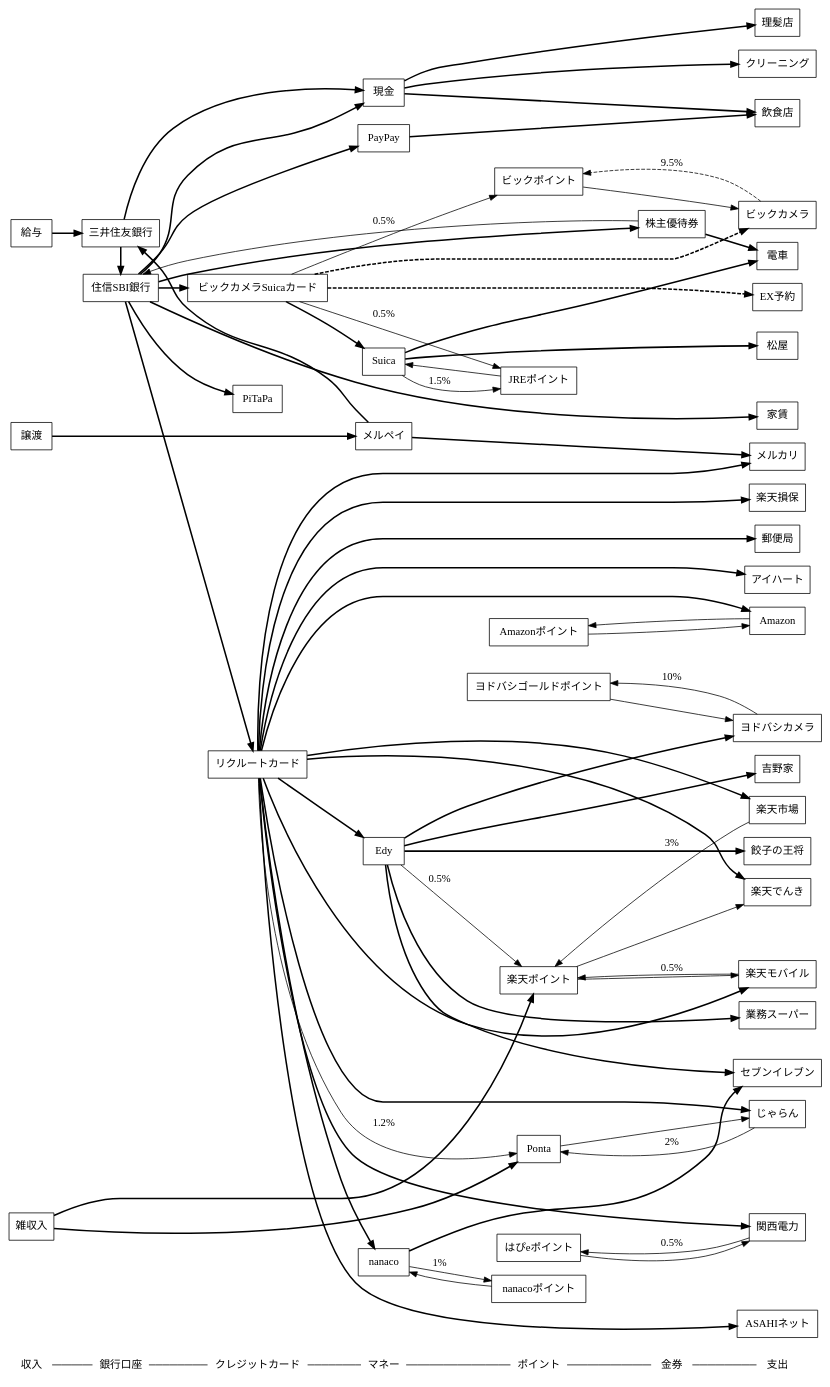
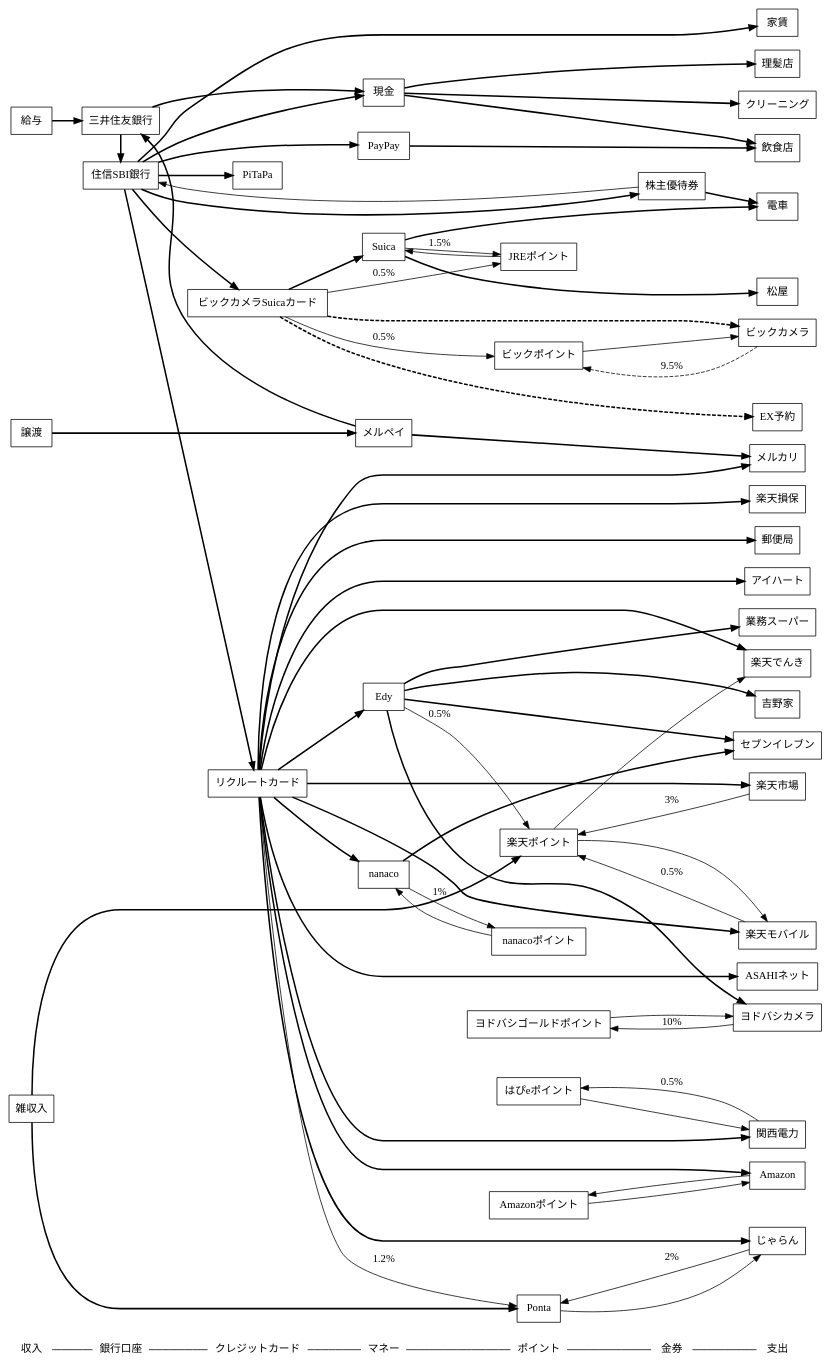
Before and after one commit to saireya/moneyflow: the diagram in moneyflow.dot, drawn with Graphviz. The commit also changed 1 other file, not shown here.

```diff
--- a/moneyflow.dot
+++ b/moneyflow.dot
@@ -1,167 +1,165 @@
 // dot -Tsvg moneyflow.dot -o moneyflow.svg
 // edge: bold: 支出, solid: 還元(label:還元率), dashed: Obsolete
 digraph "MoneyFlow"
 {
 	graph [ rankdir = LR ];
 	node [ shape = box ];
 
 	"収入", "銀行口座", "クレジットカード", "マネー", "ポイント", "金券", "支出" [shape = none];
 	"収入" -> "銀行口座" -> "クレジットカード" -> "マネー" -> "ポイント" -> "金券" -> "支出" [arrowhead = none];
 	{
 		rank = same; "収入";
 		給与;
 		譲渡;
 		雑収入;
 	}
 
 	{
 		rank = same; "銀行口座";
 		三井住友銀行;
 		住信SBI銀行;
 	}
 
 	{
 		rank = same; "クレジットカード";
 		ビックカメラSuicaカード;
 		リクルートカード;
 		PiTaPa;
 	}
 
 	{
 		rank = same; "マネー";
 		Suica;
 		現金;
 		nanaco;
 		Edy;
 		PayPay;
 		メルペイ;
 	}
 
 	{
 		rank = same; "ポイント";
 		// 共通ポイント
 		Ponta;
 		楽天ポイント;
 		// クレジットカード関係
 		JREポイント;
 		// 独自ポイント
 		ビックポイント;
 		Amazonポイント;
 		nanacoポイント;
 		ヨドバシゴールドポイント;
 		はぴeポイント;
 	}
 
 	{
 		rank = same; "金券";
 		株主優待券;
 	}
 
 	{
 		rank = same; "支出";
 		家賃;
 		// コンビニ
 		セブンイレブン;
 		// 交通
 		電車;
 		// インフラ
 		ASAHIネット;
 		楽天モバイル;
 		楽天でんき;
 		関西電力;
 		楽天損保;
 		郵便局;
 		// 店舗
 		アイハート;
 		ビックカメラ;
 		ヨドバシカメラ;
-		餃子の王将;
 		飲食店;
 		業務スーパー;
 		松屋;
 		吉野家;
 		理髪店;
 		クリーニング;
 		// ネット
 		Amazon;
 		EX予約;
 		じゃらん;
 		メルカリ;
 		楽天市場;
 	}
 
 	// SMBC
 	給与 -> 三井住友銀行 [style="bold", weight=100];
 	三井住友銀行 -> 現金, 住信SBI銀行 [style="bold", weight=100];
 
 	// ビックカメラSuicaカード
 	ビックカメラSuicaカード -> JREポイント [label="0.5%"];
 	ビックカメラSuicaカード -> ビックカメラ [style="bold,dashed", weight=100];
 	ビックカメラ -> ビックポイント [style="dashed", label="9.5%"];
 	ビックカメラSuicaカード -> ビックポイント [label="0.5%"]
 	ビックポイント -> ビックカメラ;
 	ビックカメラSuicaカード -> Suica -> 電車 [style="bold", weight=100];
 	Suica -> 松屋 [style="bold", weight=100];
 	ビックカメラSuicaカード -> EX予約 [style="bold,dashed", weight=100];
 	Suica -> JREポイント [label="1.5%"];
 	JREポイント -> Suica;
 
 	// 住信SBI
 	住信SBI銀行 -> 現金 [style="bold", weight=100];
 	住信SBI銀行 -> 家賃 [style="bold", weight=100];
 	住信SBI銀行 -> ビックカメラSuicaカード, リクルートカード, PiTaPa [style="bold", weight=100];
 	住信SBI銀行 -> PayPay [style="bold", weight=100];
 	PayPay -> 飲食店 [style="bold", weight=100];
 	住信SBI銀行 -> 株主優待券 [style="bold", weight=100];
 	株主優待券 -> 電車 [style="bold", weight=100];
 	株主優待券 -> 住信SBI銀行;
 
 	// リクルートカード
 	リクルートカード -> ASAHIネット [style="bold", weight=100];
 	リクルートカード -> Amazon [style="bold", weight=100];
 	リクルートカード -> じゃらん [style="bold", weight=100];
 	リクルートカード -> アイハート [style="bold", weight=100];
 	リクルートカード -> 関西電力 [style="bold", weight=100];
 	関西電力 -> はぴeポイント [label="0.5%"];
 	はぴeポイント -> 関西電力;
 	リクルートカード -> 楽天でんき [style="bold", weight=100];
 	リクルートカード -> 楽天損保 [style="bold", weight=100];
 	リクルートカード -> 楽天市場 [style="bold", weight=100];
 	楽天市場 -> 楽天ポイント [label="3%"];
 	リクルートカード -> 楽天モバイル [style="bold", weight=100];
 	楽天モバイル -> 楽天ポイント [label="0.5%"];
 	楽天ポイント -> 楽天モバイル, 楽天でんき;
 	リクルートカード -> Edy [style="bold", weight=100];
 	Edy -> ヨドバシカメラ [style="bold", weight=100];
 	ヨドバシカメラ -> ヨドバシゴールドポイント [label="10%"];
 	ヨドバシゴールドポイント -> ヨドバシカメラ;
 	Edy -> 吉野家 [style="bold", weight=100];
 	Edy -> 楽天ポイント [label="0.5%"];
 	リクルートカード -> Ponta [label="1.2%"];
 	Ponta -> じゃらん;
 	じゃらん -> Ponta [label="2%"];
 	Amazon -> Amazonポイント -> Amazon;
 	リクルートカード -> nanaco [style="bold", weight=100];
 	nanaco -> セブンイレブン [style="bold", weight=100];
 	nanaco -> nanacoポイント [label="1%"];
 	nanacoポイント -> nanaco;
 	Edy -> 業務スーパー [style="bold", weight=100];
-	Edy -> 餃子の王将 [style="bold", weight=100];
 	リクルートカード -> 郵便局 [style="bold", weight=100];
 	Edy -> セブンイレブン [style="bold", weight=100];
 
 	// 現金
 	現金 -> 飲食店 [style="bold", weight=100];
 	現金 -> 理髪店 [style="bold", weight=100];
 	現金 -> クリーニング [style="bold", weight=100];
 
 	// 譲渡
 	譲渡 -> メルペイ [style="bold", weight=100];
 	メルペイ -> メルカリ [style="bold", weight=100];
 	メルペイ -> 三井住友銀行 [style="bold", weight=100];
 	リクルートカード -> メルカリ [style="bold", weight=100];
 
 	// 雑収入
 	雑収入 -> 楽天ポイント [style="bold", weight=100];
 	雑収入 -> Ponta [style="bold", weight=100];
 }
```
